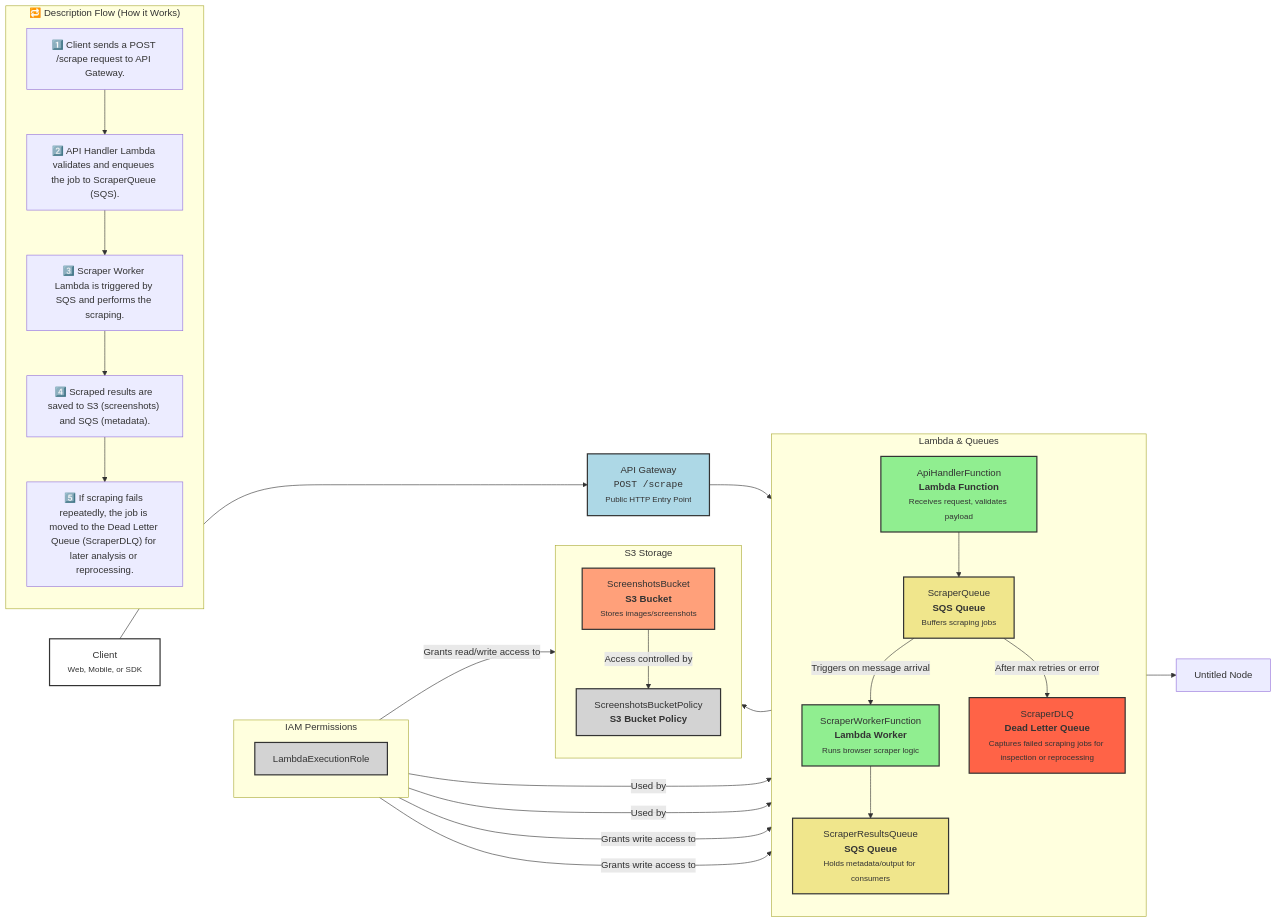
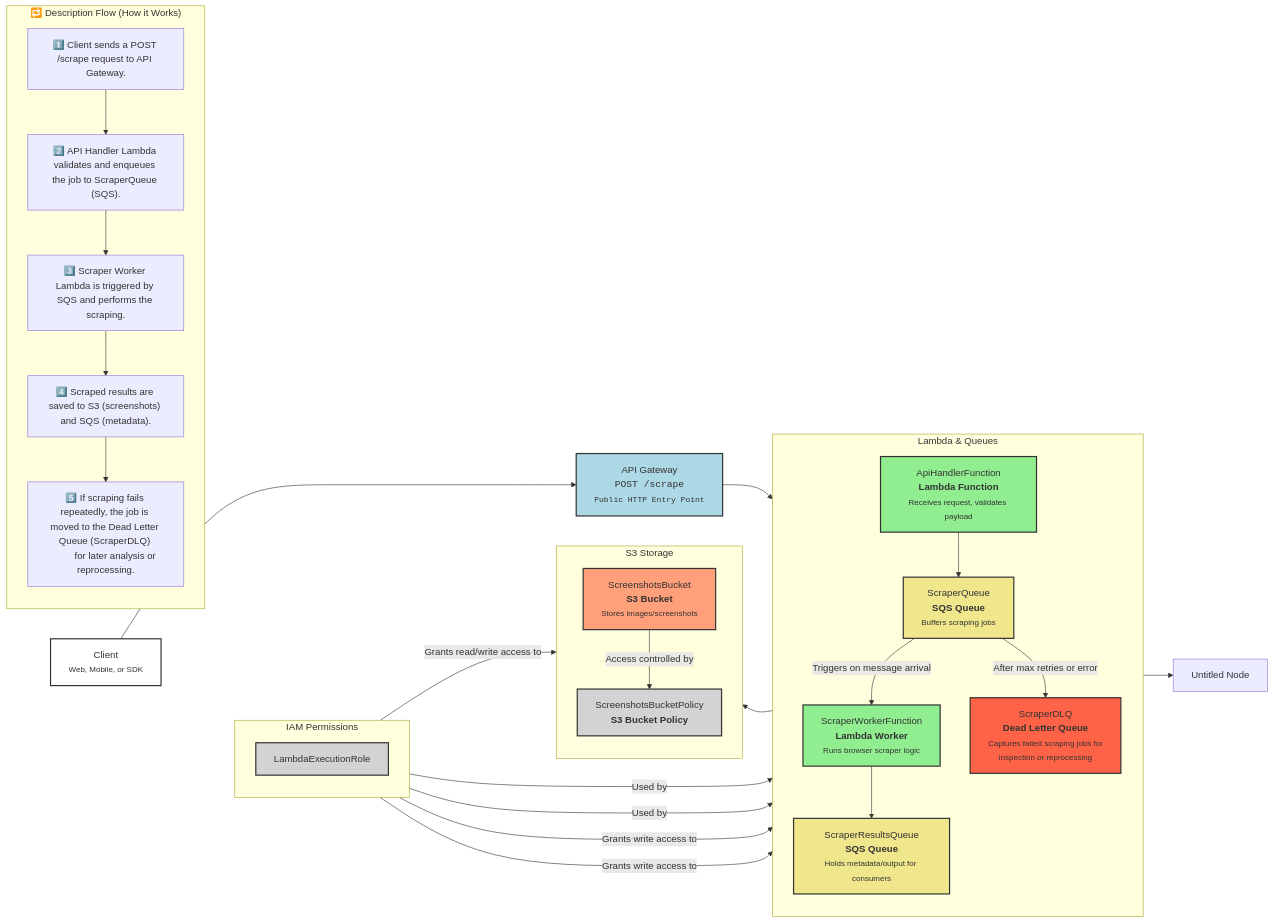
One commit to arunkumar201/aws-lambda-puppeteer-scraper changed the diagram in README.md. Above: the diagram before and after it, drawn with Mermaid. The commit also changed other lines of this file, not shown here.

Commit message:
chore: update README to reflect new application name and include detailed AWS architecture diagram with workflow description

````diff
--- a/README.md
+++ b/README.md
@@ -106,56 +9,61 @@
 ```mermaid
 flowchart LR
  subgraph subGraph0["IAM Permissions"]
     direction TB
         I["LambdaExecutionRole"]
   end
  subgraph subGraph1["Lambda & Queues"]
     direction TB
-        C["ApiHandlerFunction<br><b>Lambda Function</b><br><small>Receives request, validates payload</small>"]
+        C["ApiHandlerFunction<br><b>Lambda Function</b><br><small>Receives request, validates payload</
+        small>"]
         D["ScraperQueue<br><b>SQS Queue</b><br><small>Buffers scraping jobs</small>"]
         E["ScraperWorkerFunction<br><b>Lambda Worker</b><br><small>Runs browser scraper logic</small>"]
-        G["ScraperResultsQueue<br><b>SQS Queue</b><br><small>Holds metadata/output for consumers</small>"]
-        H["ScraperDLQ<br><b>Dead Letter Queue</b><br><small>Captures failed scraping jobs for inspection or reprocessing</small>"]
+        G["ScraperResultsQueue<br><b>SQS Queue</b><br><small>Holds metadata/output for consumers</
+        small>"]
+        H["ScraperDLQ<br><b>Dead Letter Queue</b><br><small>Captures failed scraping jobs for 
+        inspection or reprocessing</small>"]
   end
  subgraph subGraph2["S3 Storage"]
     direction TB
         F["ScreenshotsBucket<br><b>S3 Bucket</b><br><small>Stores images/screenshots</small>"]
         J["ScreenshotsBucketPolicy<br><b>S3 Bucket Policy</b>"]
   end
  subgraph subGraph3["🔁 Description Flow (How it Works)"]
     direction TB
         desc1["1️⃣ Client sends a POST /scrape request to API Gateway."]
         desc2["2️⃣ API Handler Lambda validates and enqueues the job to ScraperQueue (SQS)."]
         desc3["3️⃣ Scraper Worker Lambda is triggered by SQS and performs the scraping."]
         desc4["4️⃣ Scraped results are saved to S3 (screenshots) and SQS (metadata)."]
-        desc5["5️⃣ If scraping fails repeatedly, the job is moved to the Dead Letter Queue (ScraperDLQ) for later analysis or reprocessing."]
+        desc5["5️⃣ If scraping fails repeatedly, the job is moved to the Dead Letter Queue (ScraperDLQ) 
+        for later analysis or reprocessing."]
   end
-    A["Client<br><small>Web, Mobile, or SDK</small>"] --> B["API Gateway<br><code>POST /scrape</code><br><small>Public HTTP Entry Point</small>"]
+    A["Client<br><small>Web, Mobile, or SDK</small>"] --> B["API Gateway<br><code>POST /scrape</
+    code><br><small>Public HTTP Entry Point</small>"]
     B --> C
     C --> D
     D -- Triggers on message arrival --> E
     E --> F & G
     F -- Access controlled by --> J
     D -- After max retries or error --> H
     I -- Used by --> C & E
     I -- Grants write access to --> D & G
     I -- Grants read/write access to --> F
     A ~~~ I
     F ~~~ G
     desc1 --> desc2
     desc2 --> desc3
     desc3 --> desc4
     desc4 --> desc5
     D --> n1["Untitled Node"]
 
     style I fill:#d3d3d3,stroke:#333,stroke-width:2px
     style C fill:#90ee90,stroke:#333,stroke-width:2px
     style D fill:#f0e68c,stroke:#333,stroke-width:2px
     style E fill:#90ee90,stroke:#333,stroke-width:2px
     style G fill:#f0e68c,stroke:#333,stroke-width:2px
     style H fill:#ff6347,stroke:#333,stroke-width:2px
     style F fill:#ffa07a,stroke:#333,stroke-width:2px
     style J fill:#d3d3d3,stroke:#333,stroke-width:2px
     style A fill:#ffffff,stroke:#333,stroke-width:2px
     style B fill:#add8e6,stroke:#333,stroke-width:2px
 ```
````
